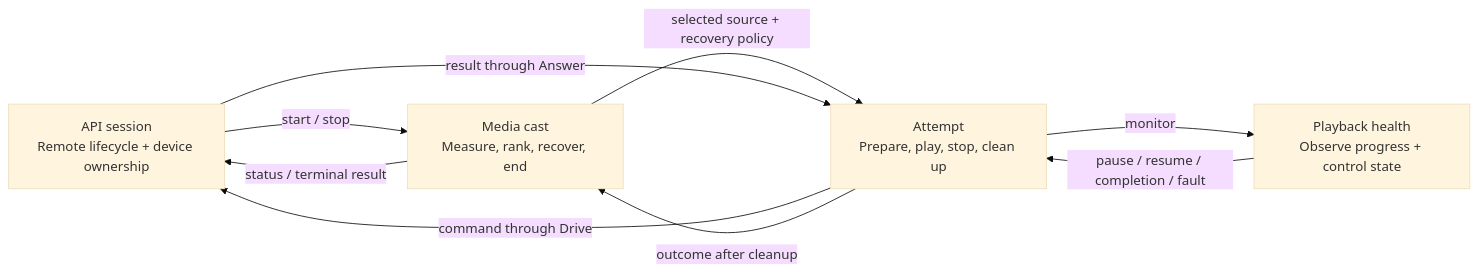
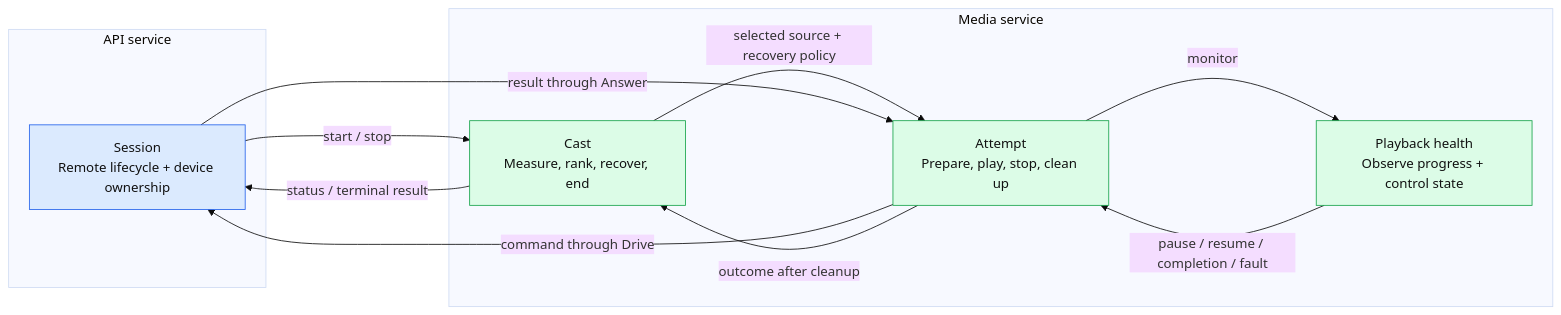
The second of 4 diagrams in ARCHITECTURE.md (DonchoMinkov/castor), drawn with Mermaid (base theme) before and after one commit. The commit also changed other lines of this file and 113 other files, not shown here.

First line of the commit message:
feat(cast): follow the device's link while it plays

````diff
--- a/ARCHITECTURE.md
+++ b/ARCHITECTURE.md
@@ -35,15 +56,25 @@
 ```mermaid
 flowchart LR
-    session["API session<br/>Remote lifecycle + device ownership"]
-    cast["Media cast<br/>Measure, rank, recover, end"]
-    attempt["Attempt<br/>Prepare, play, stop, clean up"]
-    health["Playback health<br/>Observe progress + control state"]
+    subgraph apiS["API service"]
+        session["Session<br/>Remote lifecycle + device ownership"]
+    end
+    subgraph mediaS["Media service"]
+        cast["Cast<br/>Measure, rank, recover, end"]
+        attempt["Attempt<br/>Prepare, play, stop, clean up"]
+        health["Playback health<br/>Observe progress + control state"]
+    end
     session -- start / stop --> cast
     cast -- selected source + recovery policy --> attempt
     attempt -- monitor --> health
     health -- pause / resume / completion / fault --> attempt
     attempt -- command through Drive --> session
     session -- result through Answer --> attempt
     attempt -- outcome after cleanup --> cast
     cast -- status / terminal result --> session
+    classDef apiNode fill:#dbeafe,stroke:#2563eb,color:#111
+    classDef mediaNode fill:#dcfce7,stroke:#16a34a,color:#111
+    classDef scrapeNode fill:#ffedd5,stroke:#ea580c,color:#111
+    classDef outside fill:#f3f4f6,stroke:#6b7280,color:#111
+    class session apiNode
+    class cast,attempt,health mediaNode
 ```
````
